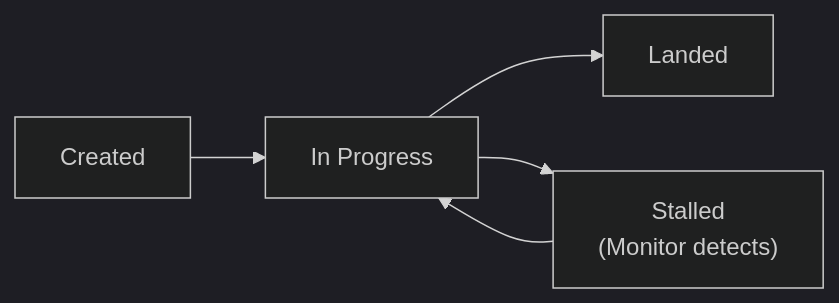
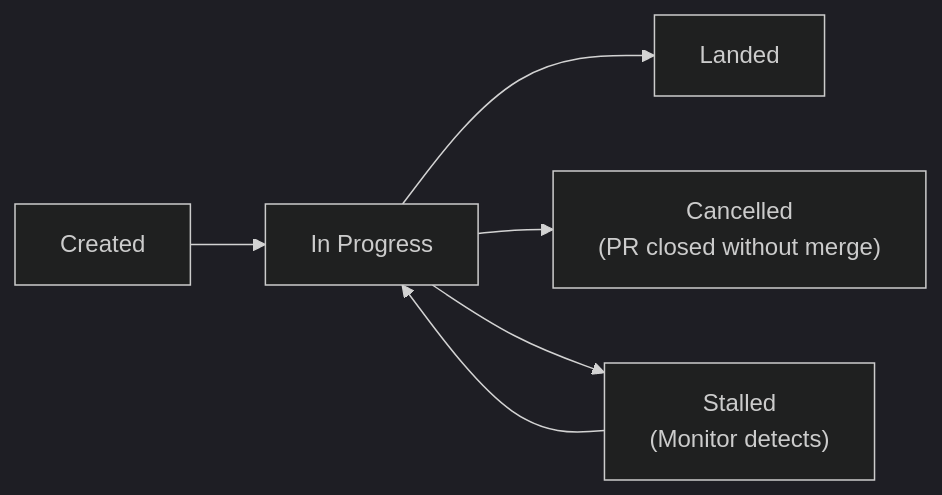
Before and after one commit to Herd-OS/herd: the seventh of 10 diagrams in docs/design/execution.md, drawn with Mermaid (dark theme). The commit also changed other lines of this file and 4 other files, not shown here.

````diff
--- a/docs/design/execution.md
+++ b/docs/design/execution.md
@@ -417,7 +418,8 @@
 ```mermaid
 graph LR
     Created --> InProgress["In Progress"]
     InProgress --> Landed
+    InProgress --> Cancelled["Cancelled<br>(PR closed without merge)"]
     InProgress --> Stalled["Stalled<br>(Monitor detects)"]
     Stalled --> InProgress
 ```
````
